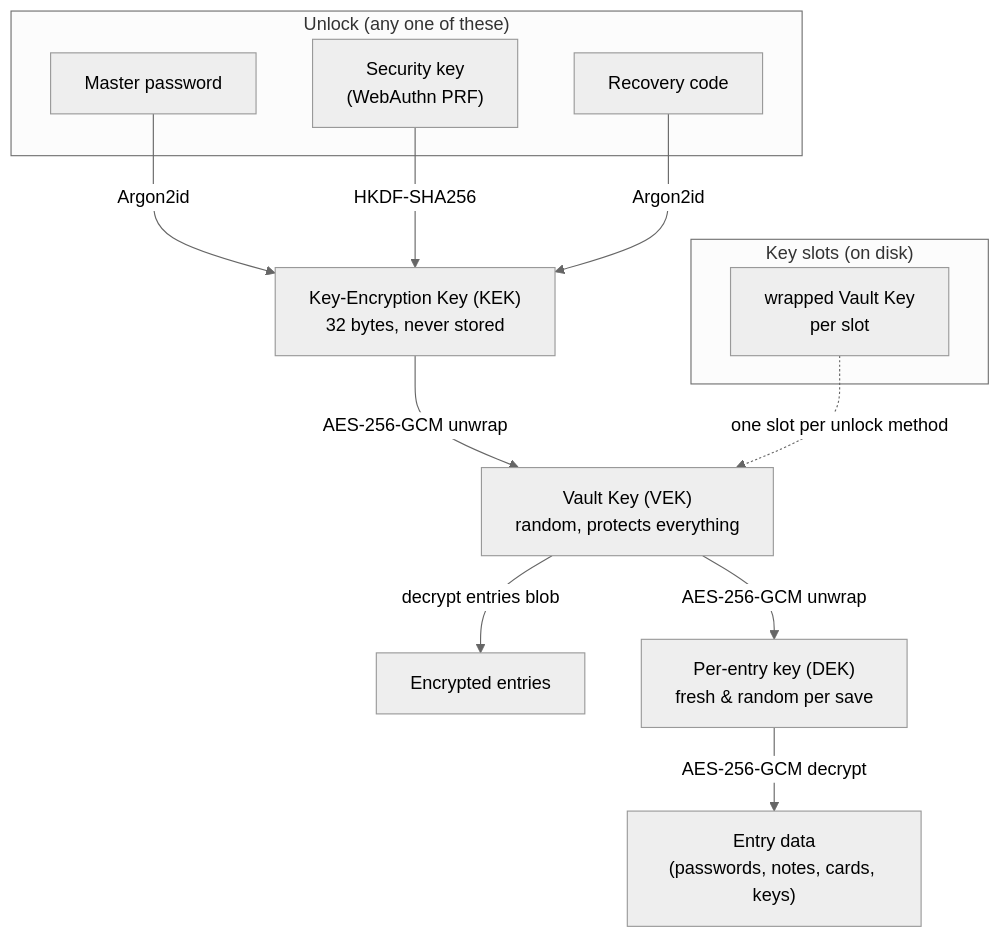
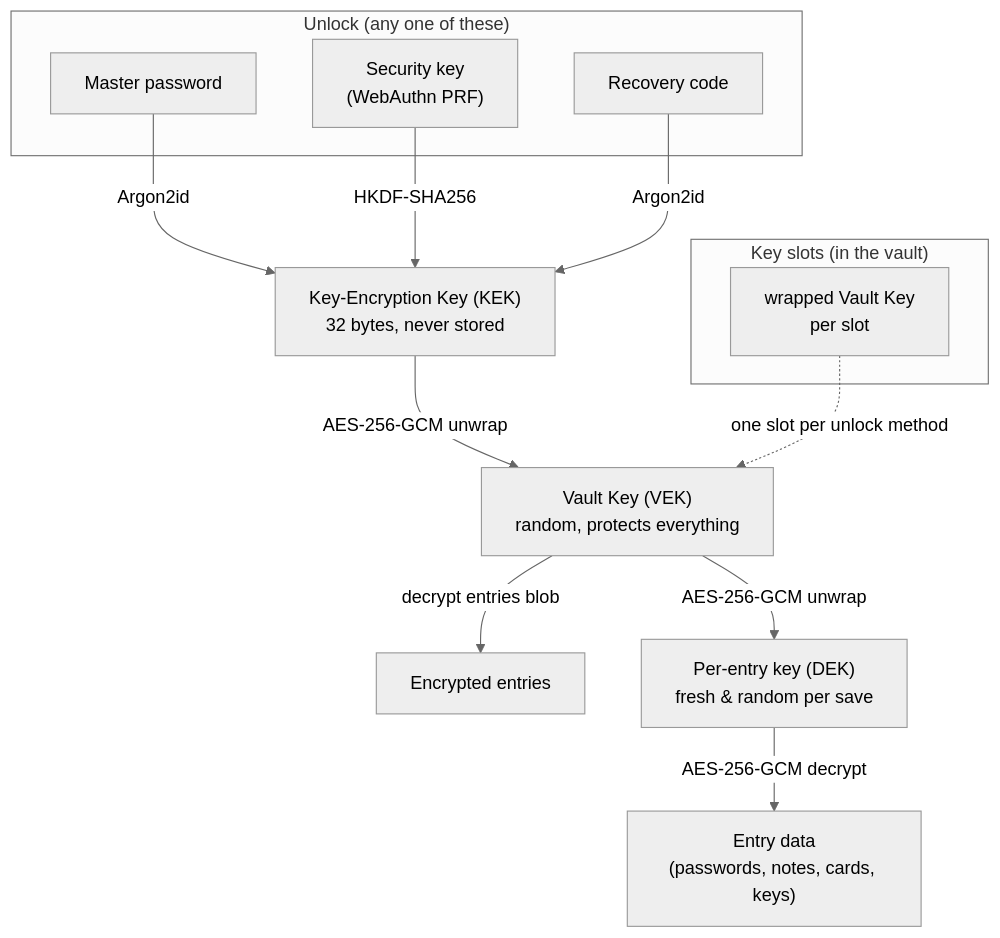
One commit to flythenimbus/bramble changed the diagram in README.md. Above: the diagram before and after it, drawn with Mermaid (neutral theme). The commit also changed other lines of this file, not shown here.

````diff
--- a/README.md
+++ b/README.md
@@ -73,23 +73,23 @@
 ```mermaid
 flowchart TD
     subgraph unlock["Unlock (any one of these)"]
         PW["Master password"]
         SK["Security key<br/>(WebAuthn PRF)"]
         RC["Recovery code"]
     end
 
     PW -->|"Argon2id"| KEK["Key-Encryption Key (KEK)<br/>32 bytes, never stored"]
     SK -->|"HKDF-SHA256"| KEK
     RC -->|"Argon2id"| KEK
 
-    subgraph slots["Key slots (on disk)"]
+    subgraph slots["Key slots (in the vault)"]
         S["wrapped Vault Key<br/>per slot"]
     end
 
     KEK -->|"AES-256-GCM unwrap"| VEK["Vault Key (VEK)<br/>random, protects everything"]
     S -.->|"one slot per unlock method"| VEK
 
     VEK -->|"decrypt entries blob"| ENTRIES["Encrypted entries"]
     VEK -->|"AES-256-GCM unwrap"| DEK["Per-entry key (DEK)<br/>fresh & random per save"]
     DEK -->|"AES-256-GCM decrypt"| DATA["Entry data<br/>(passwords, notes, cards, keys)"]
 ```
````
